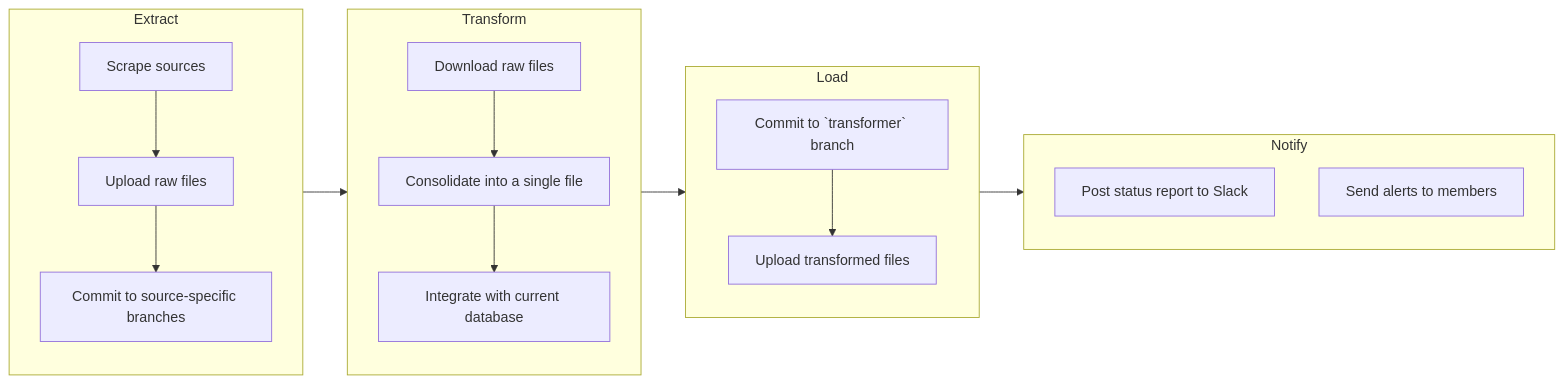
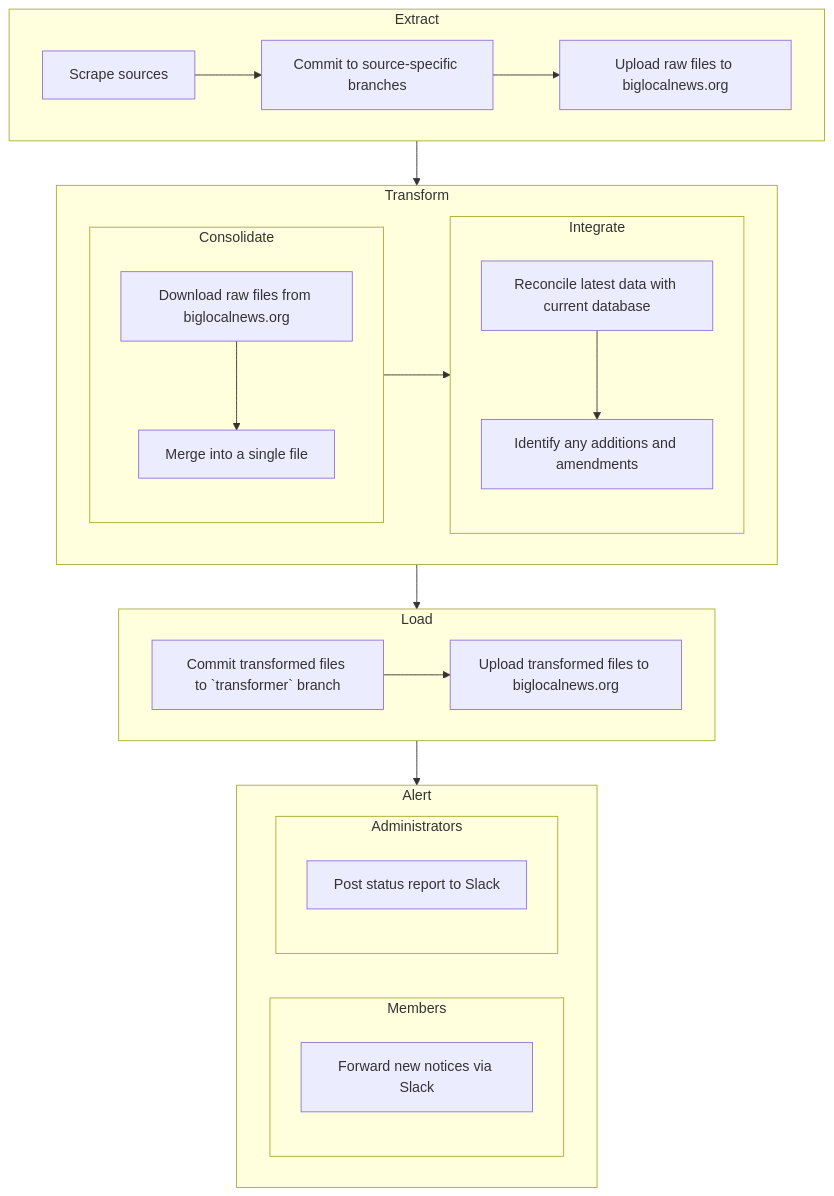
One commit to biglocalnews/warn-github-flow changed the diagram in README.md. Above: the diagram before and after it, drawn with Mermaid.

````diff
--- a/README.md
+++ b/README.md
@@ -12,21 +12,31 @@
 ```mermaid
-flowchart LR
+flowchart TB
     subgraph Extract
-    A[Scrape sources] --> B[Upload raw files]
-    B --> C[Commit to source-specific branches]
+    A[Scrape sources] --> B[Commit to source-specific branches]
+    B --> C[Upload raw files to biglocalnews.org]
     end
     subgraph Transform
-    D[Download raw files] --> E[Consolidate into a single file]
-    E --> F[Integrate with current database]
+    subgraph Consolidate
+    D[Download raw files from biglocalnews.org] --> E[Merge into a single file]
+    end
+    subgraph Integrate
+        F[Reconcile latest data with current database]
+        F --> G[Identify any additions and amendments]
+    end
     end
     subgraph Load
-    H[Commit to `transformer` branch] --> I[Upload transformed files]
+    H[Commit transformed files to `transformer` branch] --> I[Upload transformed files to biglocalnews.org]
     end
-    subgraph Notify
+    subgraph Alert
+    subgraph Members
+    L[Forward new notices via Slack]
+    end
+    subgraph Administrators
     J[Post status report to Slack]
-    L[Send alerts to members]
+    end
     end
     Extract --> Transform
+    Consolidate --> Integrate
     Transform --> Load
-    Load --> Notify
+    Load --> Alert
 ```
````
